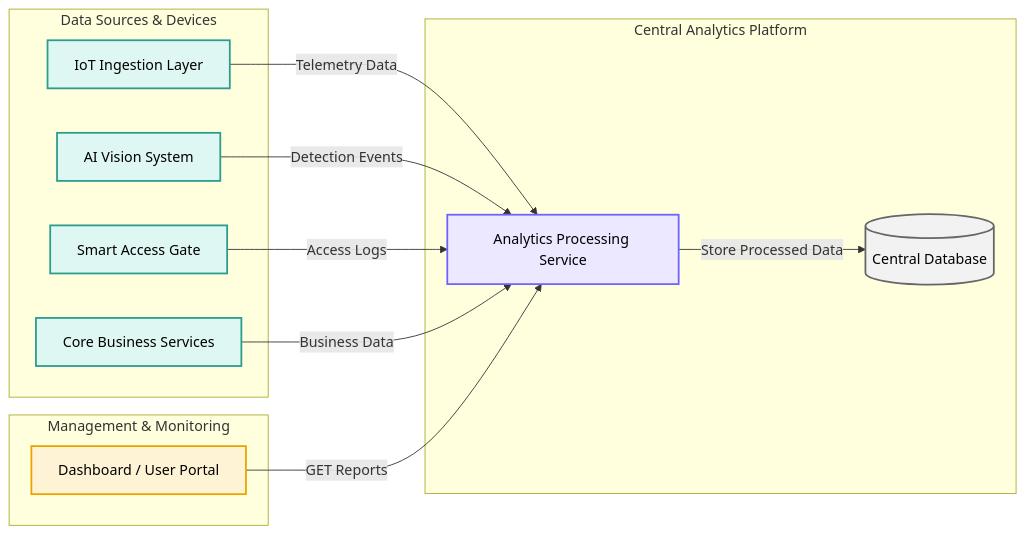
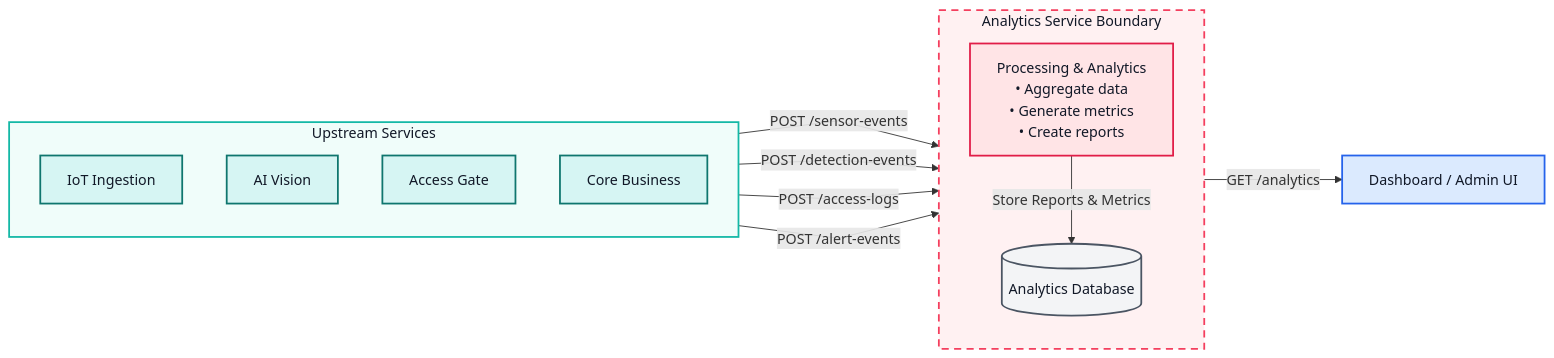
Before and after one commit to FIT-17-13/lab1-setup-TheHonnn: the diagram in evidence/buoi-01/service-boundary.md, drawn with Mermaid. The commit also changed other lines of this file and 1 other file, not shown here.

````diff
--- a/evidence/buoi-01/service-boundary.md
+++ b/evidence/buoi-01/service-boundary.md
@@ -85,41 +86,48 @@
 ```mermaid
+
 flowchart LR
-subgraph INPUT["Data Sources & Devices"]
+linkStyle default interpolate linear
 
-    IoT[IoT Ingestion Layer]
-    Camera[AI Vision System]
-    Gate[Smart Access Gate]
-    Core[Core Business Services]
+
+subgraph Upstream ["Upstream Services"]
+    direction TB
+
+    A["IoT Ingestion"]
+    B["AI Vision"]
+    C["Access Gate"]
+    D["Core Business"]
 
 end
-subgraph PLATFORM["Central Analytics Platform"]
 
-    Analytics[Analytics Processing Service]
+subgraph Analytics ["Analytics Service Boundary"]
+    direction TB
 
-    DB[(Central Database)]
+    E["Processing & Analytics<br/>• Aggregate data<br/>• Generate metrics<br/>• Create reports"]
+
+    F[(Analytics Database)]
+
+    E -->|"Store Reports & Metrics"| F
 
 end
-subgraph USERS["Management & Monitoring"]
 
-    Dashboard[Dashboard / User Portal]
+G["Dashboard / Admin UI"]
 
-end
-IoT -->|Telemetry Data| Analytics
-Camera -->|Detection Events| Analytics
-Gate -->|Access Logs| Analytics
-Core -->|Business Data| Analytics
+A -->|"POST /sensor-events"| E
+B -->|"POST /detection-events"| E
+C -->|"POST /access-logs"| E
+D -->|"POST /alert-events"| E
 
-Analytics -->|Store Processed Data| DB
+E -->|"GET /analytics"| G
+classDef upstream fill:#D6F5F3,stroke:#0F766E,stroke-width:2px,color:#111827;
+classDef analytics fill:#FFE4E6,stroke:#E11D48,stroke-width:2px,color:#111827;
+classDef database fill:#F3F4F6,stroke:#4B5563,stroke-width:2px,color:#111827;
+classDef dashboard fill:#DBEAFE,stroke:#2563EB,stroke-width:2px,color:#111827;
 
-Dashboard -- GET Reports --> Analytics
+class A,B,C,D upstream;
+class E analytics;
+class F database;
+class G dashboard;
 
-classDef source fill:#dff7f2,stroke:#2a9d8f,color:#000,stroke-width:2px;
-classDef service fill:#ece8ff,stroke:#6c63ff,color:#000,stroke-width:2px;
-classDef database fill:#f2f2f2,stroke:#666,color:#000,stroke-width:2px;
-classDef dashboard fill:#fff3d6,stroke:#e9a400,color:#000,stroke-width:2px;
-
-class IoT,Camera,Gate,Core source;
-class Analytics service;
-class DB database;
-class Dashboard dashboard;
+style Upstream fill:#F0FDFA,stroke:#14B8A6,stroke-width:2px,color:#111827;
+style Analytics fill:#FFF1F2,stroke:#F43F5E,stroke-width:2px,stroke-dasharray: 8 6,color:#111827;
 ```
````
